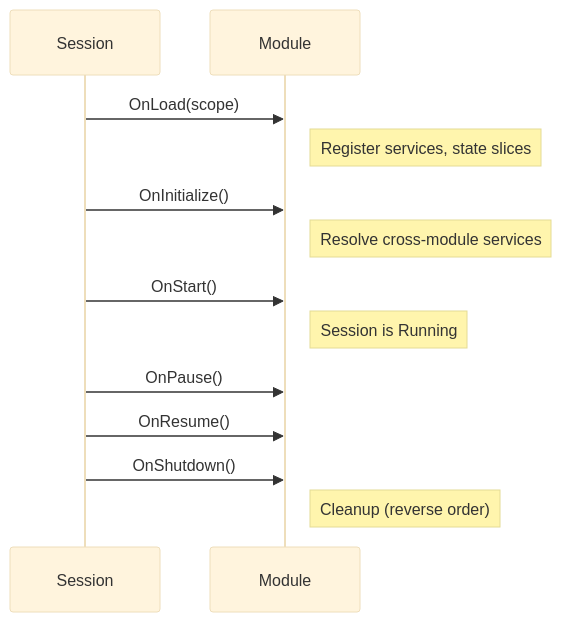
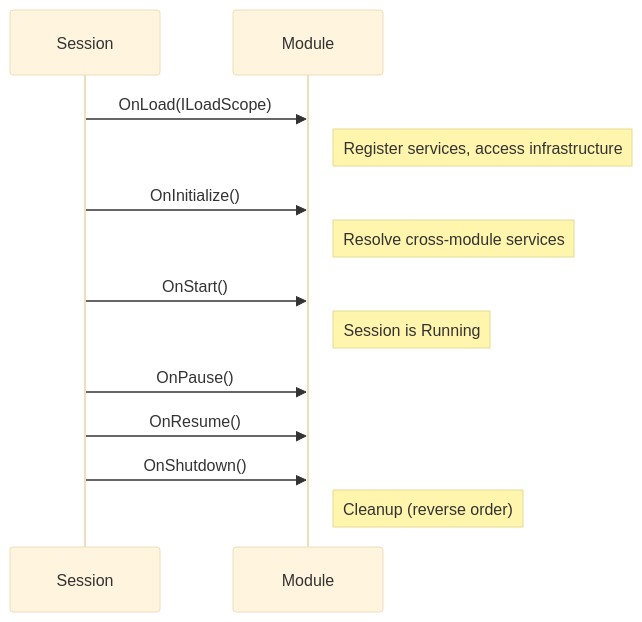
Before and after one commit to Ieunn/Flos: the third of 3 diagrams in docs/Architecture.md, drawn with Mermaid (base theme). The commit also changed other lines of this file and 149 other files, not shown here.

````diff
--- a/docs/Architecture.md
+++ b/docs/Architecture.md
@@ -212,16 +289,16 @@
 ```mermaid
 sequenceDiagram
     participant S as Session
     participant M as Module
 
-    S->>M: OnLoad(scope)
-    Note right of M: Register services, state slices
+    S->>M: OnLoad(ILoadScope)
+    Note right of M: Register services, access infrastructure
     S->>M: OnInitialize()
     Note right of M: Resolve cross-module services
     S->>M: OnStart()
     Note right of M: Session is Running
     S->>M: OnPause()
     S->>M: OnResume()
     S->>M: OnShutdown()
     Note right of M: Cleanup (reverse order)
 ```
````
